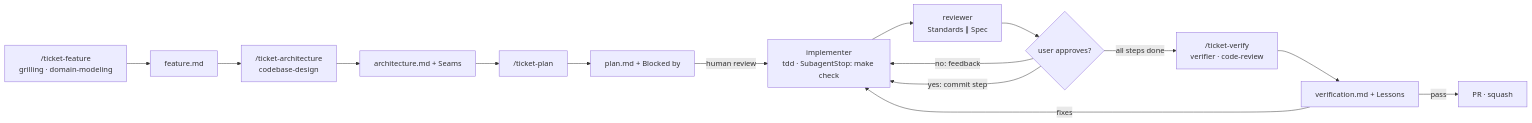
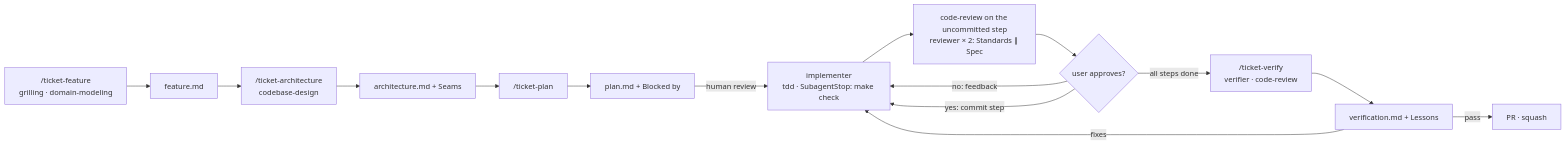
One commit to khotei/app-template changed the third of 3 diagrams in docs/tickets/2026-10-15_monorepo-setup/architecture.md. Above: the diagram before and after it, drawn with Mermaid. The commit also changed other lines of this file and 12 other files, not shown here.

````diff
--- a/docs/tickets/2026-10-15_monorepo-setup/architecture.md
+++ b/docs/tickets/2026-10-15_monorepo-setup/architecture.md
@@ -58,15 +58,15 @@
 ```mermaid
 graph LR
   F["/ticket-feature<br/>grilling · domain-modeling"] --> FM[feature.md]
   FM --> A["/ticket-architecture<br/>codebase-design"] --> AM[architecture.md + Seams]
   AM --> P["/ticket-plan"] --> PM[plan.md + Blocked by]
   PM -->|human review| I["implementer<br/>tdd · SubagentStop: make check"]
-  I --> R["reviewer<br/>Standards ∥ Spec"]
+  I --> R["code-review on the uncommitted step<br/>reviewer × 2: Standards ∥ Spec"]
   R --> G{"user approves?"}
   G -->|no: feedback| I
   G -->|yes: commit step| I
   G -->|all steps done| V["/ticket-verify<br/>verifier · code-review"]
   V --> VM[verification.md + Lessons]
   VM -->|fixes| I
   VM -->|pass| PR[PR · squash]
 ```
````
